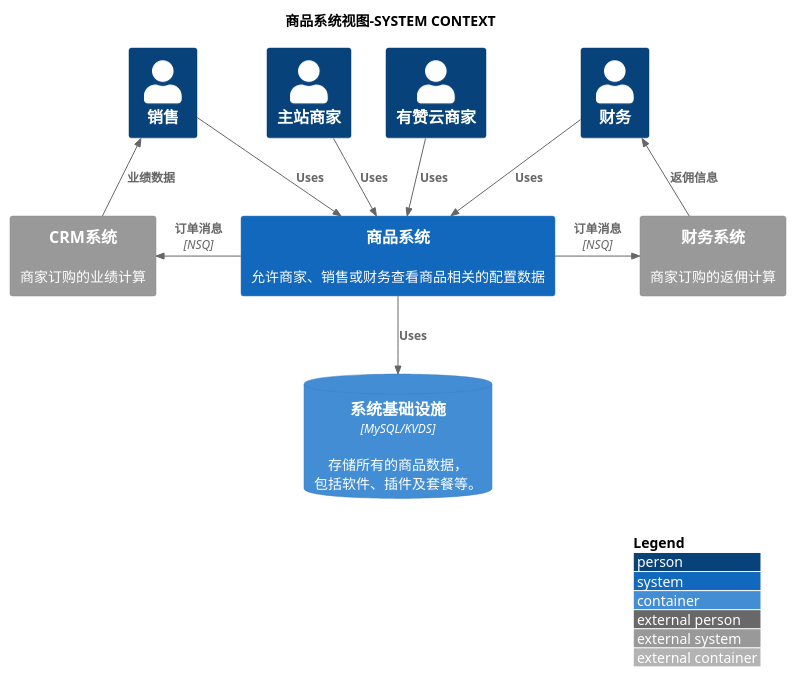
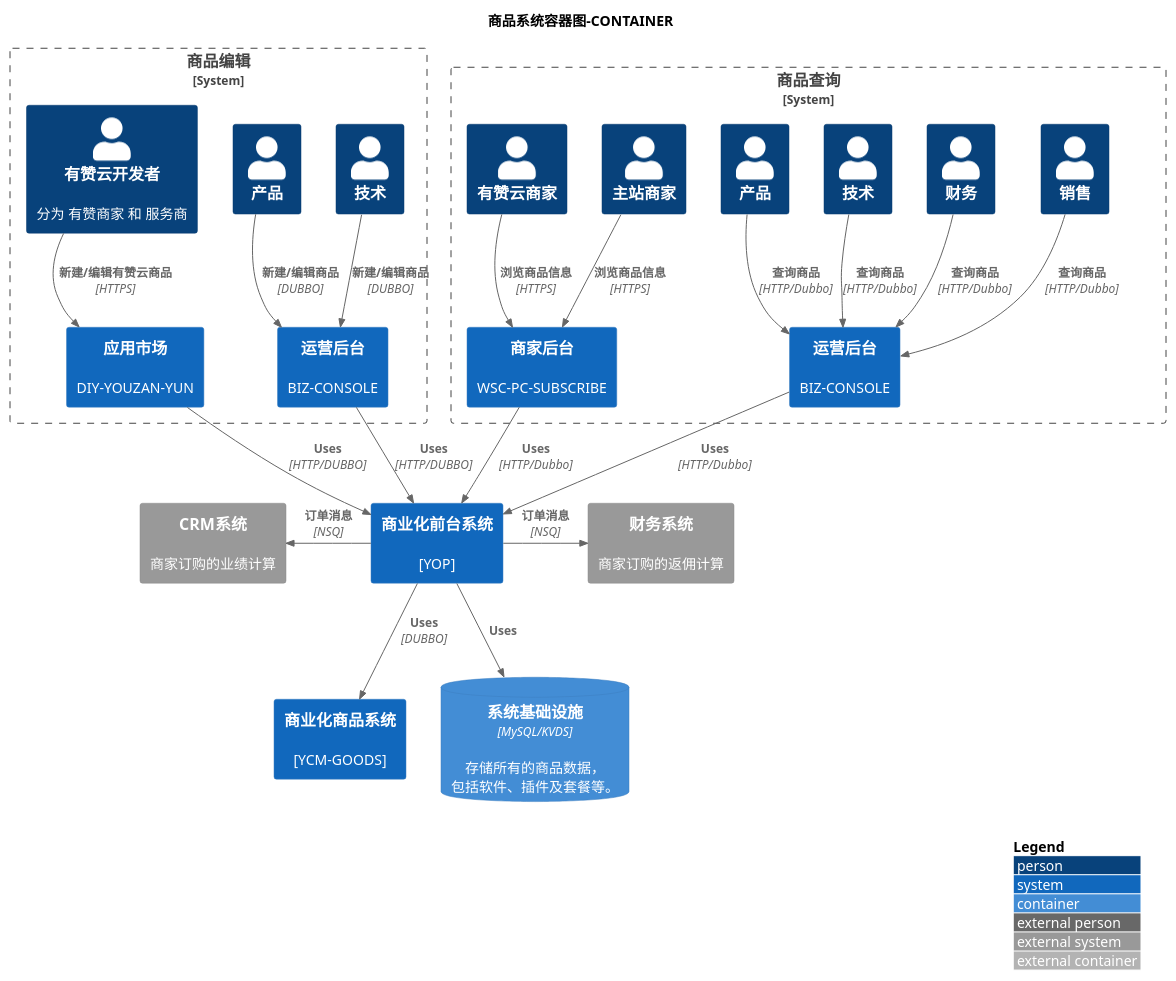
One commit to VectorYao/LeetCode changed the diagram in src/main/java/com/place/yao/plantUML/C4-Goods/SystemContext.puml. Above: the diagram before and after it, drawn with PlantUML. The commit also changed 6 other files, not shown here.

Commit message:
change uml

```diff
--- a/src/main/java/com/place/yao/plantUML/C4-Goods/SystemContext.puml
+++ b/src/main/java/com/place/yao/plantUML/C4-Goods/SystemContext.puml
@@ -1,29 +1,56 @@
 @startuml SystemContext
 !includeurl https://raw.githubusercontent.com/RicardoNiepel/C4-PlantUML/release/1-0/C4_Container.puml
 
-
-title 商品系统视图-SYSTEM CONTEXT
+title 商品系统容器图-CONTAINER
 LAYOUT_WITH_LEGEND()
 
-Person(主站商家, "主站商家", "")
-Person(有赞云商家, "有赞云商家", "")
-Person(销售, "销售", "")
-Person(财务, "财务", "")
+System_Boundary(B1, "商品编辑") {
+Person(B1技术, "技术", "")
+Person(B1产品, "产品", "")
+Person(B1有赞云开发者, "有赞云开发者", "分为 有赞商家 和 服务商")
 
-System(商品系统, "商品系统", "允许商家、销售或财务查看商品相关的配置数据")
+System(B1应用市场, "应用市场", "DIY-YOUZAN-YUN")
+System(B1运营后台, "运营后台", "BIZ-CONSOLE")
+}
+
+System_Boundary(B2, "商品查询") {
+Person(B2主站商家, "主站商家", "")
+Person(B2有赞云商家, "有赞云商家", "")
+Person(B2技术, "技术", "")
+Person(B2产品, "产品", "")
+Person(B2销售, "销售", "")
+Person(B2财务, "财务", "")
+
+System(B2商家后台, "商家后台", "WSC-PC-SUBSCRIBE")
+System(B2运营后台, "运营后台", "BIZ-CONSOLE")
+}
+
+System(商业化前台系统, "商业化前台系统", "[YOP]")
+System(商业化商品系统, "商业化商品系统", "[YCM-GOODS]")
 System_Ext(CRM系统, "CRM系统", "商家订购的业绩计算")
 System_Ext(财务系统, "财务系统", "商家订购的返佣计算")
 ContainerDb(系统基础设施, "系统基础设施", "MySQL/KVDS","存储所有的商品数据，包括软件、插件及套餐等。")
 
-Rel(主站商家, 商品系统, "Uses")
-Rel(有赞云商家, 商品系统, "Uses")
-Rel(销售, 商品系统, "Uses")
-Rel(财务, 商品系统, "Uses")
-Rel_Back(销售, CRM系统, "业绩数据")
-Rel_Back(财务, 财务系统, "返佣信息")
 
-Rel_L(商品系统, CRM系统, "订单消息", "NSQ")
-Rel_R(商品系统, 财务系统, "订单消息", "NSQ")
-Rel(商品系统, 系统基础设施, "Uses")
+Rel(B1技术, B1运营后台, "新建/编辑商品", "DUBBO")
+Rel(B1产品, B1运营后台, "新建/编辑商品", "DUBBO")
+Rel(B1有赞云开发者, B1应用市场, "新建/编辑有赞云商品", "HTTPS")
+Rel(B1应用市场, 商业化前台系统, "Uses", "HTTP/DUBBO")
+Rel(B1运营后台, 商业化前台系统, "Uses", "HTTP/DUBBO")
+Rel(商业化前台系统, 商业化商品系统, "Uses", "DUBBO")
 
+
+Rel(B2主站商家, B2商家后台, "浏览商品信息", "HTTPS")
+Rel(B2有赞云商家, B2商家后台, "浏览商品信息", "HTTPS")
+Rel(B2技术, B2运营后台, "查询商品", "HTTP/Dubbo")
+Rel(B2产品, B2运营后台, "查询商品", "HTTP/Dubbo")
+Rel(B2销售, B2运营后台, "查询商品", "HTTP/Dubbo")
+Rel(B2财务, B2运营后台, "查询商品", "HTTP/Dubbo")
+Rel(B2商家后台, 商业化前台系统, "Uses", "HTTP/Dubbo")
+Rel(B2运营后台, 商业化前台系统, "Uses", "HTTP/Dubbo")
+
+
+Rel_L(商业化前台系统, CRM系统, "订单消息", "NSQ")
+Rel_R(商业化前台系统, 财务系统, "订单消息", "NSQ")
+Rel(商业化前台系统, 系统基础设施, "Uses")
 @enduml
```
